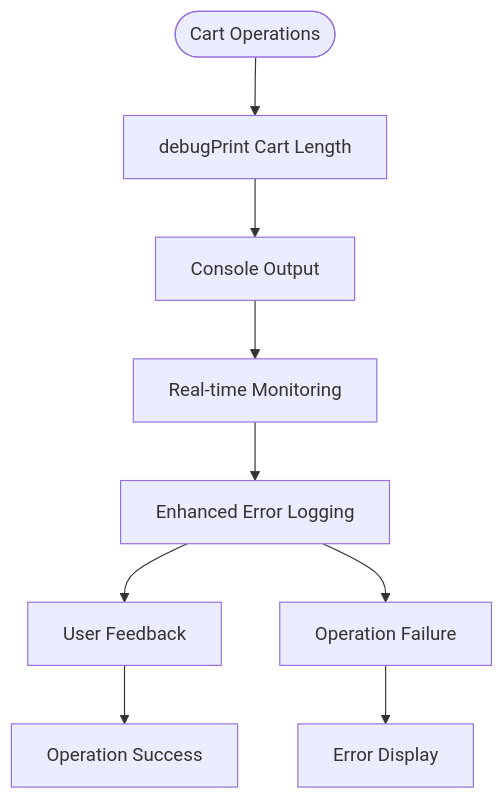
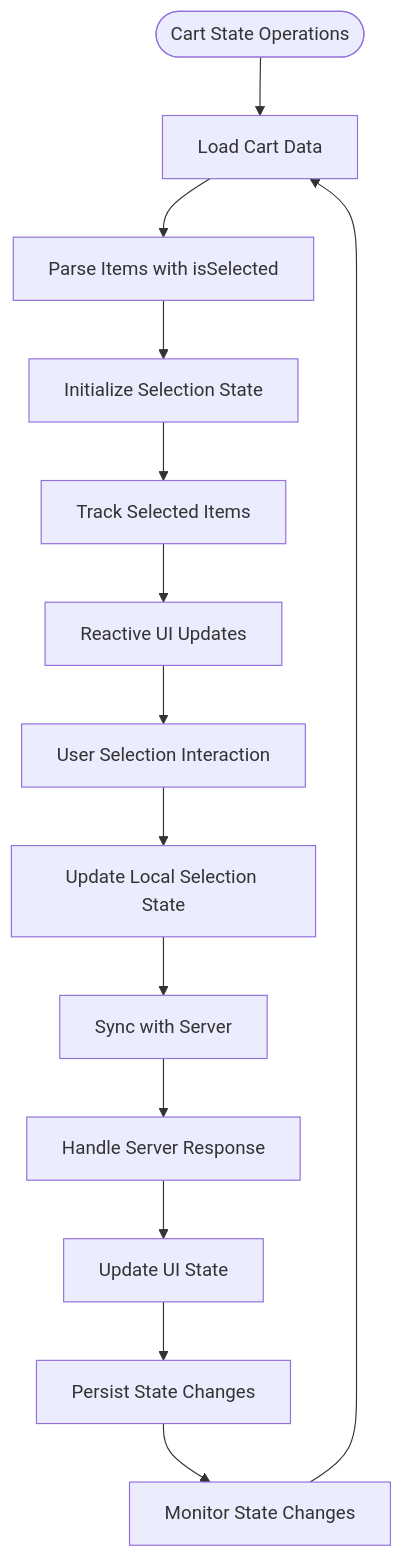
Before and after one commit to Ariful3111/FurniGo: the tenth of 16 diagrams in .qoder/repowiki/en/content/Core Features/E-commerce Platform/Shopping Cart System.md, drawn with Mermaid. The commit also changed other lines of this file and 8 other files, not shown here.

````diff
--- a/.qoder/repowiki/en/content/Core Features/E-commerce Platform/Shopping Cart System.md
+++ b/.qoder/repowiki/en/content/Core Features/E-commerce Platform/Shopping Cart System.md
@@ -426,11 +528,16 @@
 ```mermaid
 flowchart TD
-Start(["Cart Operations"]) --> DebugPrint["debugPrint Cart Length"]
-DebugPrint --> ConsoleLog["Console Output"]
-ConsoleLog --> Monitor["Real-time Monitoring"]
-Monitor --> ErrorHandling["Enhanced Error Logging"]
-ErrorHandling --> UserFeedback["User Feedback"]
-UserFeedback --> Success["Operation Success"]
-ErrorHandling --> Failure["Operation Failure"]
-Failure --> ErrorDisplay["Error Display"]
+Start(["Cart State Operations"]) --> LoadCart["Load Cart Data"]
+LoadCart --> ParseItems["Parse Items with isSelected"]
+ParseItems --> InitSelection["Initialize Selection State"]
+InitSelection --> TrackSelection["Track Selected Items"]
+TrackSelection --> ReactiveUpdates["Reactive UI Updates"]
+ReactiveUpdates --> UserInteraction["User Selection Interaction"]
+UserInteraction --> UpdateLocalState["Update Local Selection State"]
+UpdateLocalState --> SyncWithServer["Sync with Server"]
+SyncWithServer --> HandleResponse["Handle Server Response"]
+HandleResponse --> UpdateUI["Update UI State"]
+UpdateUI --> PersistState["Persist State Changes"]
+PersistState --> MonitorState["Monitor State Changes"]
+MonitorState --> LoadCart
 ```
````
